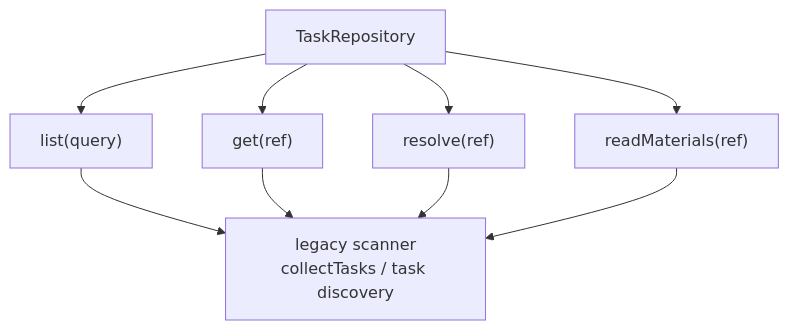
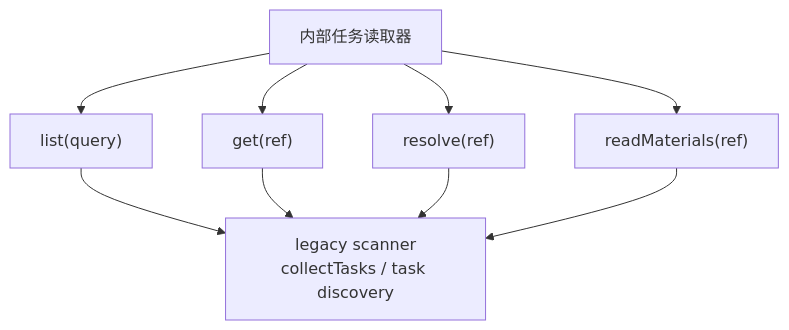
Before and after one commit to FairladyZ625/coding-agent-harness: the third of 8 diagrams in docs-release/architecture/system-explainer/05-data-flow.md, drawn with Mermaid. The commit also changed other lines of this file and 8 other files, not shown here.

Commit message:
docs(architecture): align release docs with retired package surface

````diff
--- a/docs-release/architecture/system-explainer/05-data-flow.md
+++ b/docs-release/architecture/system-explainer/05-data-flow.md
@@ -49,18 +49,18 @@
 ```mermaid
 flowchart TD
-  Repo["TaskRepository"]
+  Repo["内部任务读取器"]
   List["list(query)"]
   Get["get(ref)"]
   Resolve["resolve(ref)"]
   Materials["readMaterials(ref)"]
   Scanner["legacy scanner\ncollectTasks / task discovery"]
 
   Repo --> List
   Repo --> Get
   Repo --> Resolve
   Repo --> Materials
   List --> Scanner
   Get --> Scanner
   Resolve --> Scanner
   Materials --> Scanner
 ```
````
